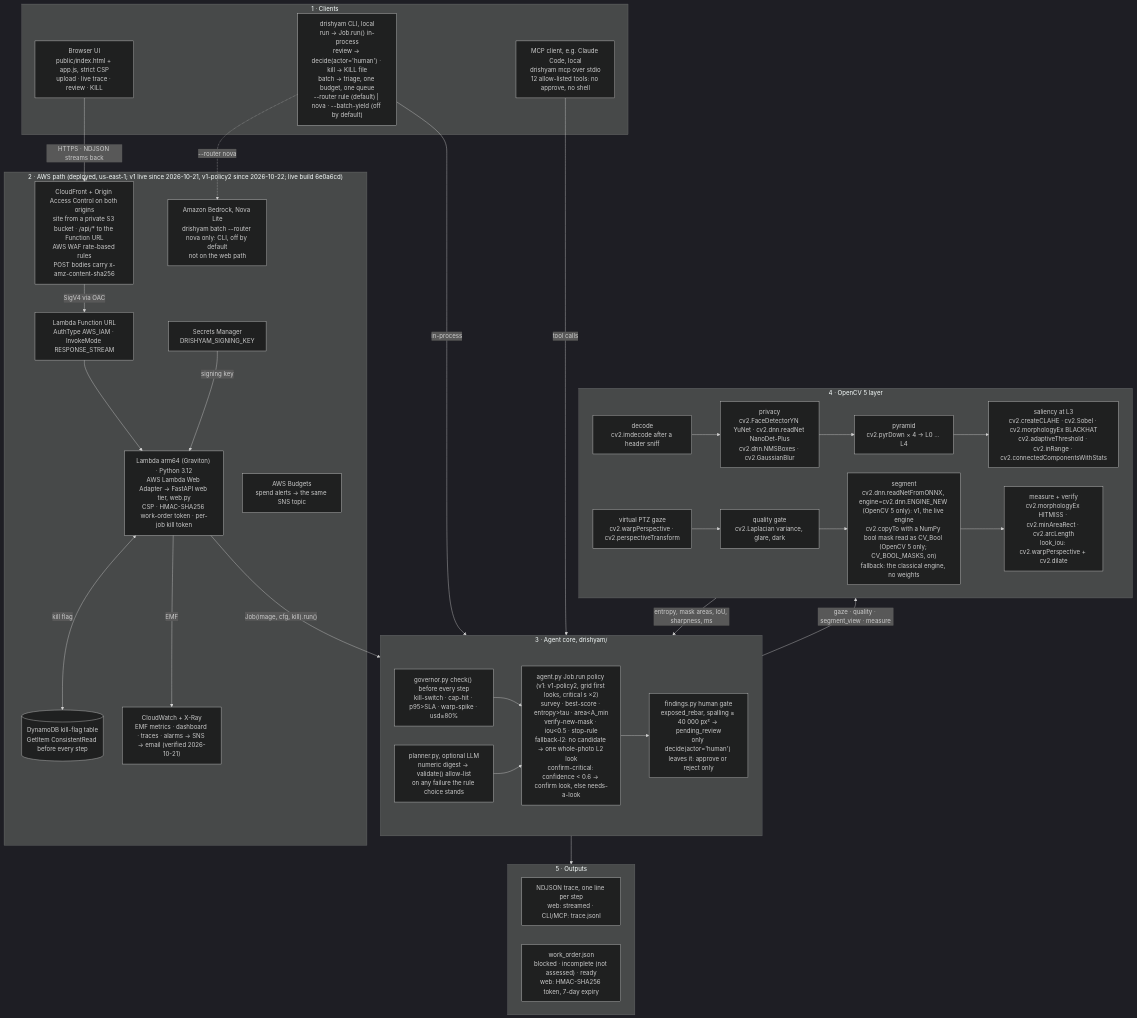
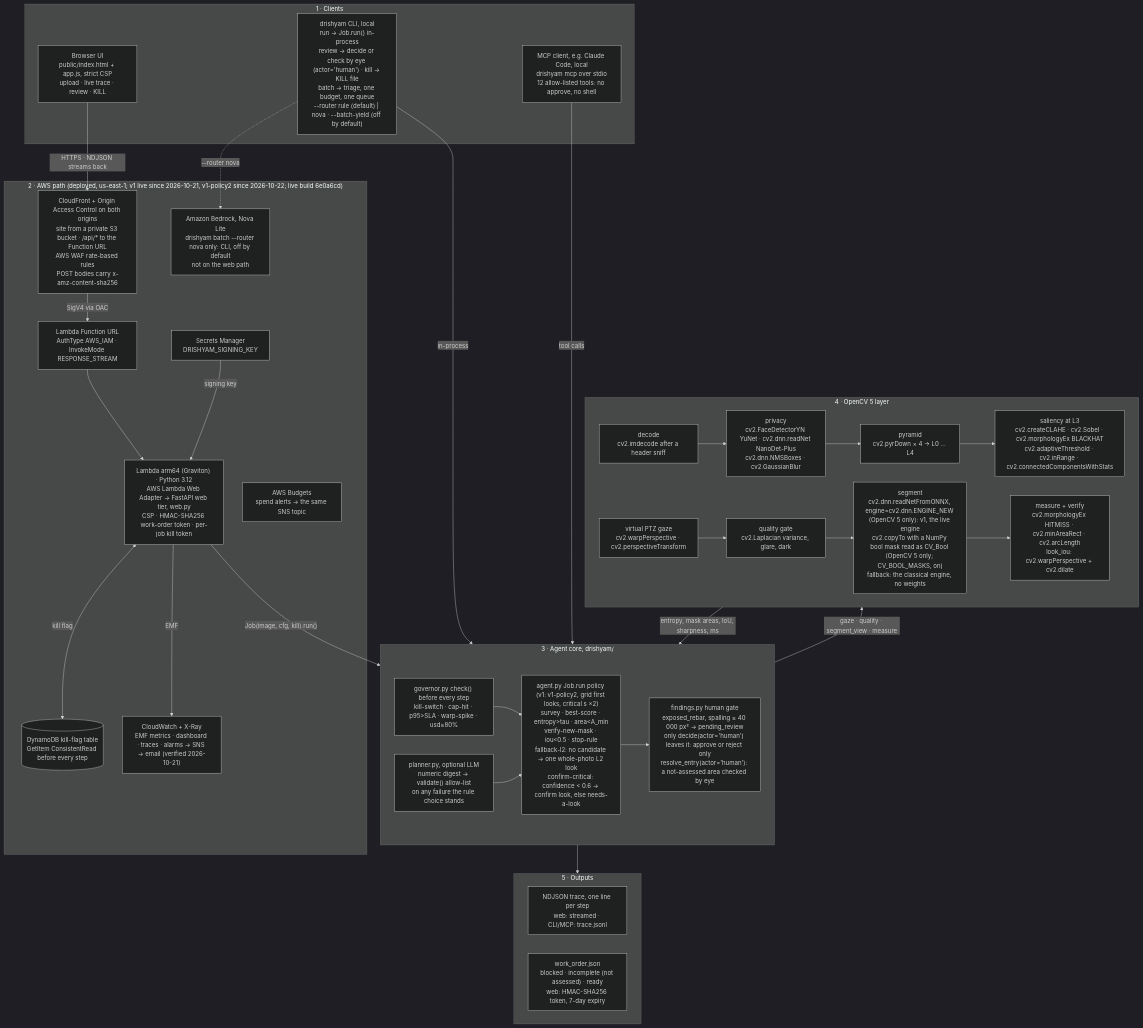
The diagram in docs/architecture.mmd (vj-io/drishyam), drawn with Mermaid (dark theme) before and after one commit. The commit also changed 10 other files, not shown here.

First line of the commit message:
docs: a person's check by eye in README, report and both figures; the site's meta descriptions and the contract's live commit

```diff
--- a/docs/architecture.mmd
+++ b/docs/architecture.mmd
@@ -1,62 +1,62 @@
 %% Drishyam system architecture: the same content as docs/architecture.svg.
 %% cv2 names are the calls made in drishyam/imaging.py, privacy.py, segment.py, measure.py and agent.py.
 %% REV 1.1.1 (2026-10-22), the code of the live build 6e0a6cd.
 flowchart TB
     subgraph CLIENTS["1 · Clients"]
         UI["Browser UI<br/>public/index.html + app.js, strict CSP<br/>upload · live trace · review · KILL"]
-        CLI["drishyam CLI, local<br/>run → Job.run() in-process<br/>review → decide(actor='human') · kill → KILL file<br/>batch → triage, one budget, one queue<br/>--router rule (default) | nova · --batch-yield (off by default)"]
+        CLI["drishyam CLI, local<br/>run → Job.run() in-process<br/>review → decide or check by eye (actor='human') · kill → KILL file<br/>batch → triage, one budget, one queue<br/>--router rule (default) | nova · --batch-yield (off by default)"]
         MCPC["MCP client, e.g. Claude Code, local<br/>drishyam mcp over stdio<br/>12 allow-listed tools: no approve, no shell"]
     end
 
     subgraph AWS["2 · AWS path (deployed, us-east-1; v1 live since 2026-10-21, v1-policy2 since 2026-10-22; live build 6e0a6cd)"]
         CF["CloudFront + Origin Access Control on both origins<br/>site from a private S3 bucket · /api/* to the Function URL<br/>AWS WAF rate-based rules<br/>POST bodies carry x-amz-content-sha256"]
         FURL["Lambda Function URL<br/>AuthType AWS_IAM · InvokeMode RESPONSE_STREAM"]
         LAMBDA["Lambda arm64 (Graviton) · Python 3.12<br/>AWS Lambda Web Adapter → FastAPI web tier, web.py<br/>CSP · HMAC-SHA256 work-order token · per-job kill token"]
         DDB[("DynamoDB kill-flag table<br/>GetItem ConsistentRead before every step")]
         SM["Secrets Manager<br/>DRISHYAM_SIGNING_KEY"]
         CW["CloudWatch + X-Ray<br/>EMF metrics · dashboard · traces · alarms → SNS → email (verified 2026-10-21)"]
         BUD["AWS Budgets<br/>spend alerts → the same SNS topic"]
         BR["Amazon Bedrock, Nova Lite<br/>drishyam batch --router nova only: CLI, off by default<br/>not on the web path"]
     end
 
     subgraph CORE["3 · Agent core, drishyam/"]
         POLICY["agent.py Job.run policy (v1: v1-policy2, grid first looks, critical s ×2)<br/>survey · best-score · entropy#gt;tau · area#lt;A_min<br/>verify-new-mask · iou#lt;0.5 · stop-rule<br/>fallback-l2: no candidate → one whole-photo L2 look<br/>confirm-critical: confidence #lt; 0.6 → confirm look, else needs-a-look"]
         GOV["governor.py check() before every step<br/>kill-switch · cap-hit · p95#gt;SLA · warp-spike · usd≥80%"]
         PLAN["planner.py, optional LLM<br/>numeric digest → validate() allow-list<br/>on any failure the rule choice stands"]
-        GATE["findings.py human gate<br/>exposed_rebar, spalling ≥ 40 000 px² → pending_review<br/>only decide(actor='human') leaves it: approve or reject only"]
+        GATE["findings.py human gate<br/>exposed_rebar, spalling ≥ 40 000 px² → pending_review<br/>only decide(actor='human') leaves it: approve or reject only<br/>resolve_entry(actor='human'): a not-assessed area checked by eye"]
         GOV --> POLICY
         PLAN --> POLICY
         POLICY --> GATE
     end
 
     subgraph CV["4 · OpenCV 5 layer"]
         DEC["decode<br/>cv2.imdecode after a header sniff"]
         PRIV["privacy<br/>cv2.FaceDetectorYN YuNet · cv2.dnn.readNet NanoDet-Plus<br/>cv2.dnn.NMSBoxes · cv2.GaussianBlur"]
         PYR["pyramid<br/>cv2.pyrDown × 4 → L0 … L4"]
         SAL["saliency at L3<br/>cv2.createCLAHE · cv2.Sobel · cv2.morphologyEx BLACKHAT<br/>cv2.adaptiveThreshold · cv2.inRange · cv2.connectedComponentsWithStats"]
         GAZE["virtual PTZ gaze<br/>cv2.warpPerspective · cv2.perspectiveTransform"]
         QG["quality gate<br/>cv2.Laplacian variance, glare, dark"]
         SEG["segment<br/>cv2.dnn.readNetFromONNX, engine=cv2.dnn.ENGINE_NEW (OpenCV 5 only): v1, the live engine<br/>cv2.copyTo with a NumPy bool mask read as CV_Bool (OpenCV 5 only; CV_BOOL_MASKS, on)<br/>fallback: the classical engine, no weights"]
         MEAS["measure + verify<br/>cv2.morphologyEx HITMISS · cv2.minAreaRect · cv2.arcLength<br/>look_iou: cv2.warpPerspective + cv2.dilate"]
         DEC --> PRIV --> PYR --> SAL
         GAZE --> QG --> SEG --> MEAS
     end
 
     subgraph OUT["5 · Outputs"]
         TRACE["NDJSON trace, one line per step<br/>web: streamed · CLI/MCP: trace.jsonl"]
         WO["work_order.json<br/>blocked · incomplete (not assessed) · ready<br/>web: HMAC-SHA256 token, 7-day expiry"]
     end
 
     UI -->|"HTTPS · NDJSON streams back"| CF
     CF -->|"SigV4 via OAC"| FURL --> LAMBDA
     LAMBDA <-->|"kill flag"| DDB
     SM -->|"signing key"| LAMBDA
     LAMBDA -->|"EMF"| CW
     BUD ~~~ CW
     CLI -.->|"--router nova"| BR
     LAMBDA -->|"Job(image, cfg, kill).run()"| CORE
     CLI -->|"in-process"| CORE
     MCPC -->|"tool calls"| CORE
     CORE -->|"gaze · quality · segment_view · measure"| CV
     CV -->|"entropy, mask areas, IoU, sharpness, ms"| CORE
     CORE --> OUT
```
